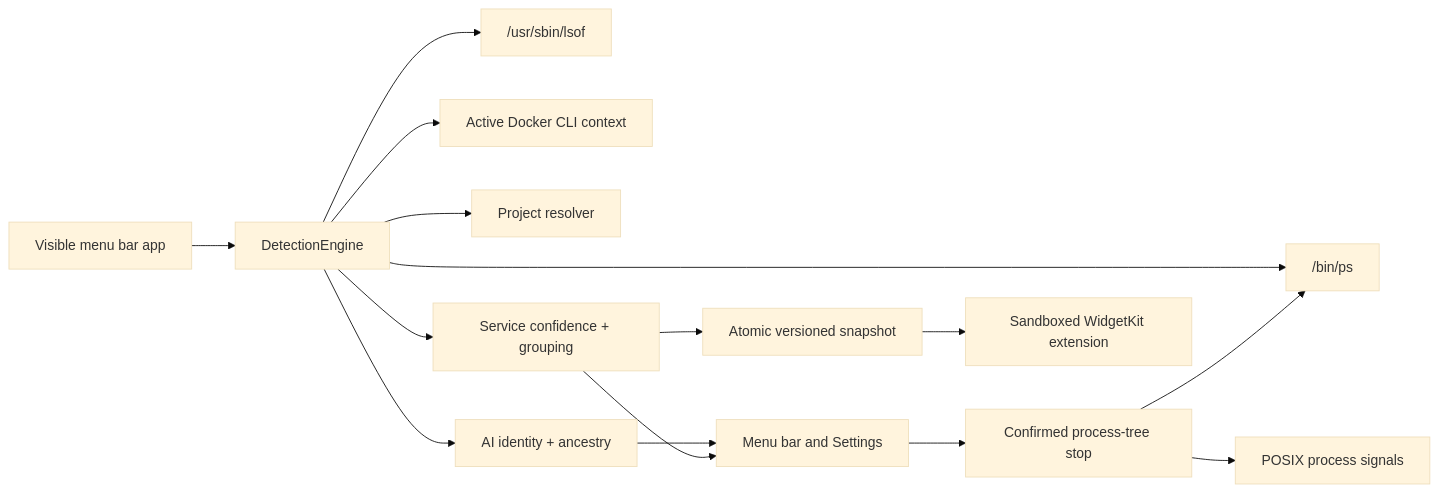
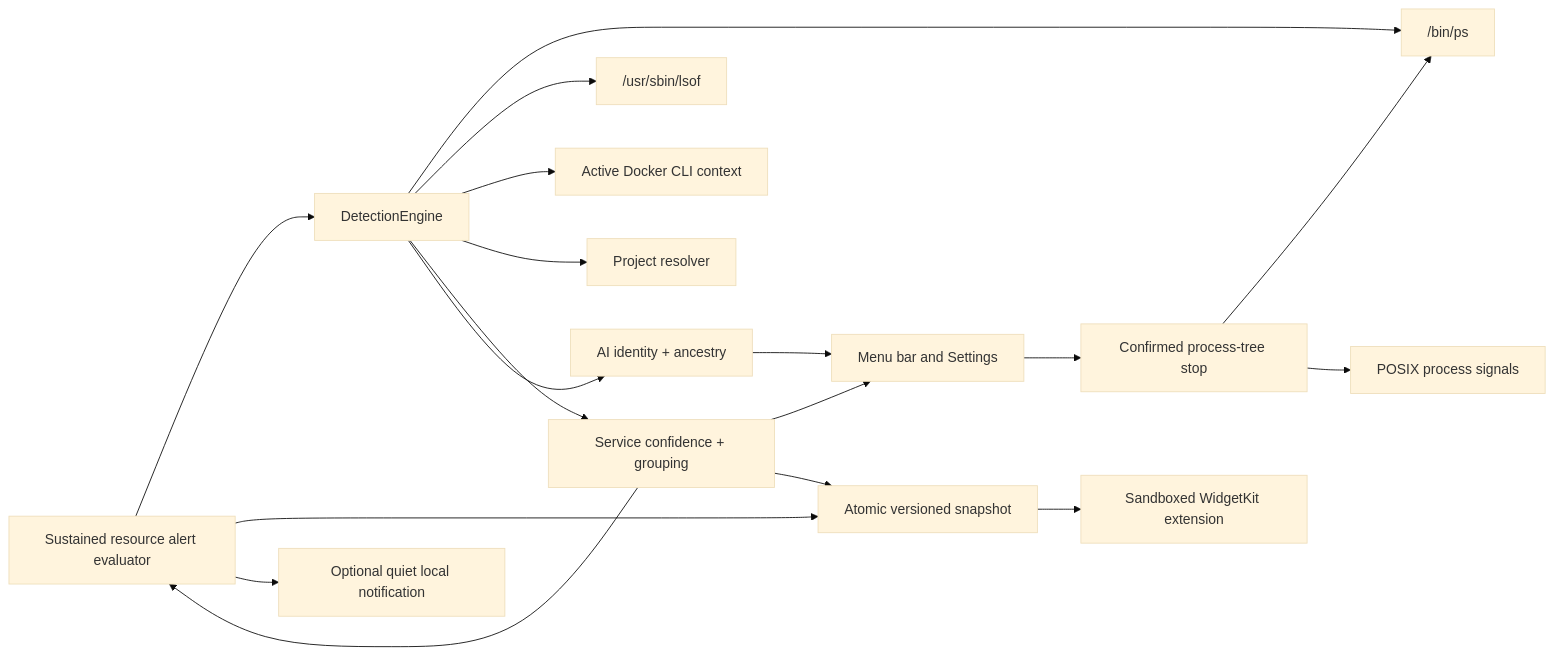
The diagram in README.md (mi-aleks/watchio), drawn with Mermaid (base theme) before and after one commit. The commit also changed other lines of this file and 21 other files, not shown here.

````diff
--- a/README.md
+++ b/README.md
@@ -155,17 +171,20 @@
 ```mermaid
 flowchart LR
   A["Visible menu bar app"] --> E["DetectionEngine"]
   E --> P["/bin/ps"]
   E --> L["/usr/sbin/lsof"]
   E --> D["Active Docker CLI context"]
   E --> R["Project resolver"]
   E --> S["Service confidence + grouping"]
   E --> I["AI identity + ancestry"]
   I --> M
   S --> M["Menu bar and Settings"]
   M --> C["Confirmed process-tree stop"]
   C --> P
   C --> K["POSIX process signals"]
   S --> J["Atomic versioned snapshot"]
+  S --> A["Sustained resource alert evaluator"]
+  A --> J
+  A --> N["Optional quiet local notification"]
   J --> W["Sandboxed WidgetKit extension"]
 ```
````
